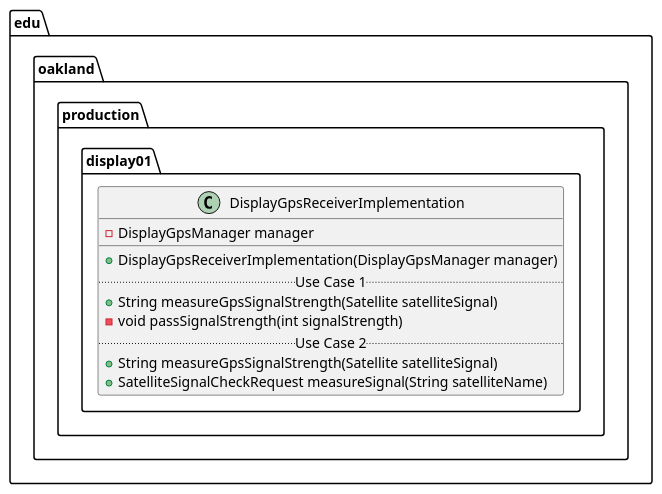
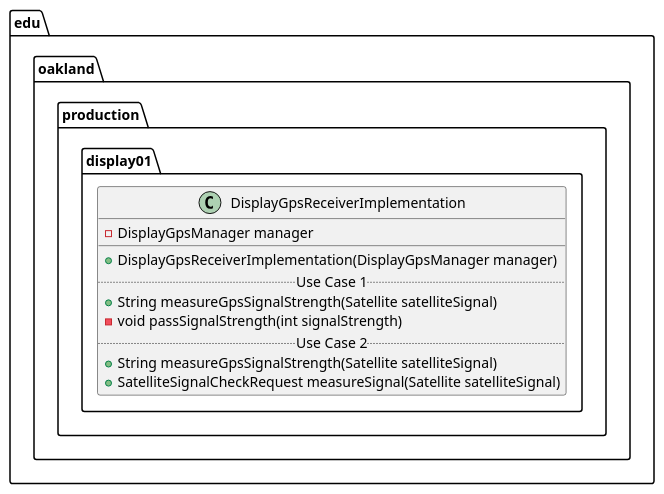
Before and after one commit to andrewdimmer/csi-3370-software-project: the diagram in docs/uml-class-diagrams/display01/production/DisplayGpsReceiverImplementation/DisplayGpsReceiverImplementation.puml, drawn with PlantUML. The commit also changed 4 other files, not shown here.

```diff
--- a/docs/uml-class-diagrams/display01/production/DisplayGpsReceiverImplementation/DisplayGpsReceiverImplementation.puml
+++ b/docs/uml-class-diagrams/display01/production/DisplayGpsReceiverImplementation/DisplayGpsReceiverImplementation.puml
@@ -1,17 +1,17 @@
 @startuml DisplayGpsReceiverImplementation
 
 package edu.oakland.production.display01 {
     class DisplayGpsReceiverImplementation {
         - DisplayGpsManager manager
         __
         + DisplayGpsReceiverImplementation(DisplayGpsManager manager)
         .. Use Case 1 ..
         + String measureGpsSignalStrength(Satellite satelliteSignal)
         - void passSignalStrength(int signalStrength)
         .. Use Case 2 ..
         + String measureGpsSignalStrength(Satellite satelliteSignal)
-        + SatelliteSignalCheckRequest measureSignal(String satelliteName)
+        + SatelliteSignalCheckRequest measureSignal(Satellite satelliteSignal)
     }
 }
 
 @enduml
```
